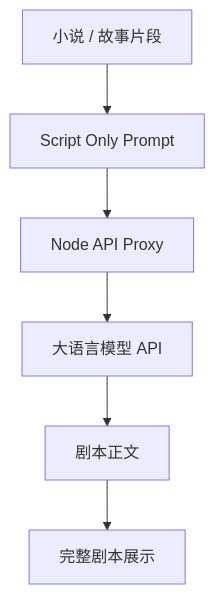
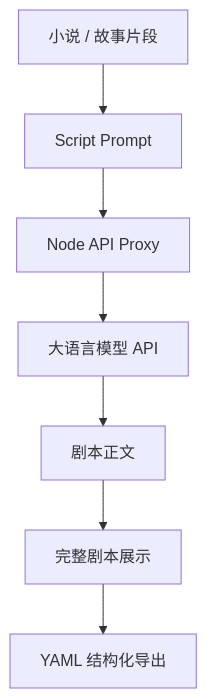
One commit to wyq030324-hub/StoryFlow-AI changed the second of 2 diagrams in README.md. Above: the diagram before and after it, drawn with Mermaid. The commit also changed other lines of this file and 6 other files, not shown here.

````diff
--- a/README.md
+++ b/README.md
@@ -199,8 +244,9 @@
 ```mermaid
 flowchart TD
-  A["小说 / 故事片段"] --> B["Script Only Prompt"]
+  A["小说 / 故事片段"] --> B["Script Prompt"]
   B --> C["Node API Proxy"]
   C --> D["大语言模型 API"]
   D --> E["剧本正文"]
   E --> F["完整剧本展示"]
+  F --> G["YAML 结构化导出"]
 ```
````
